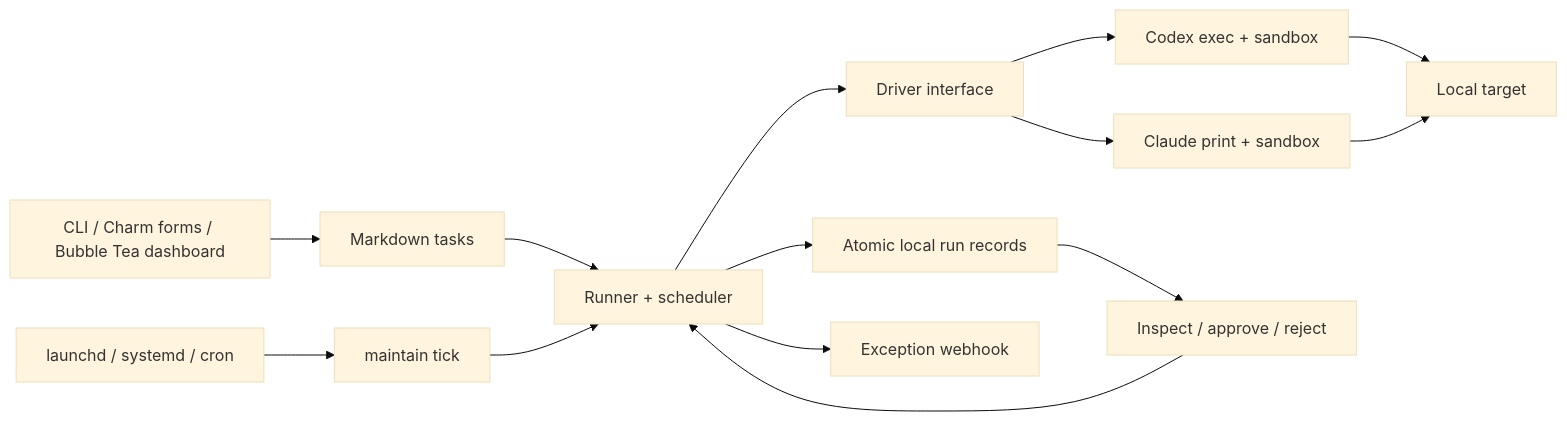
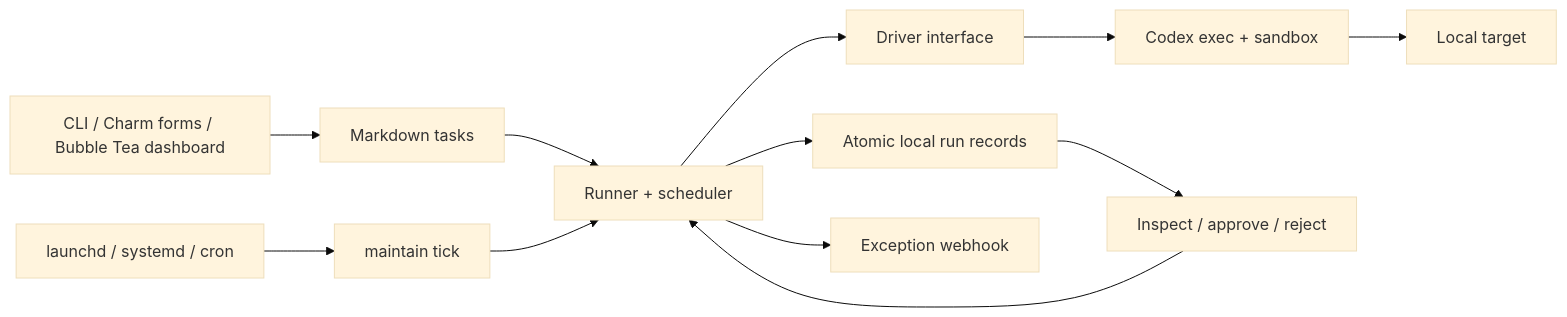
One commit to lmuehleisen/maintainer changed the diagram in docs/architecture.md. Above: the diagram before and after it, drawn with Mermaid (base theme). The commit also changed other lines of this file and 7 other files, not shown here.

````diff
--- a/docs/architecture.md
+++ b/docs/architecture.md
@@ -6,16 +6,14 @@
 ```mermaid
 flowchart LR
     CLI[CLI / Charm forms / Bubble Tea dashboard] --> Tasks[Markdown tasks]
     OS[launchd / systemd / cron] --> Tick[maintain tick]
     Tasks --> Runner[Runner + scheduler]
     Tick --> Runner
     Runner --> History[Atomic local run records]
     Runner --> Adapter[Driver interface]
     Adapter --> Codex[Codex exec + sandbox]
-    Adapter --> Claude[Claude print + sandbox]
     Codex --> Target[Local target]
-    Claude --> Target
     History --> Review[Inspect / approve / reject]
     Review --> Runner
     Runner --> Notify[Exception webhook]
 ```
````
